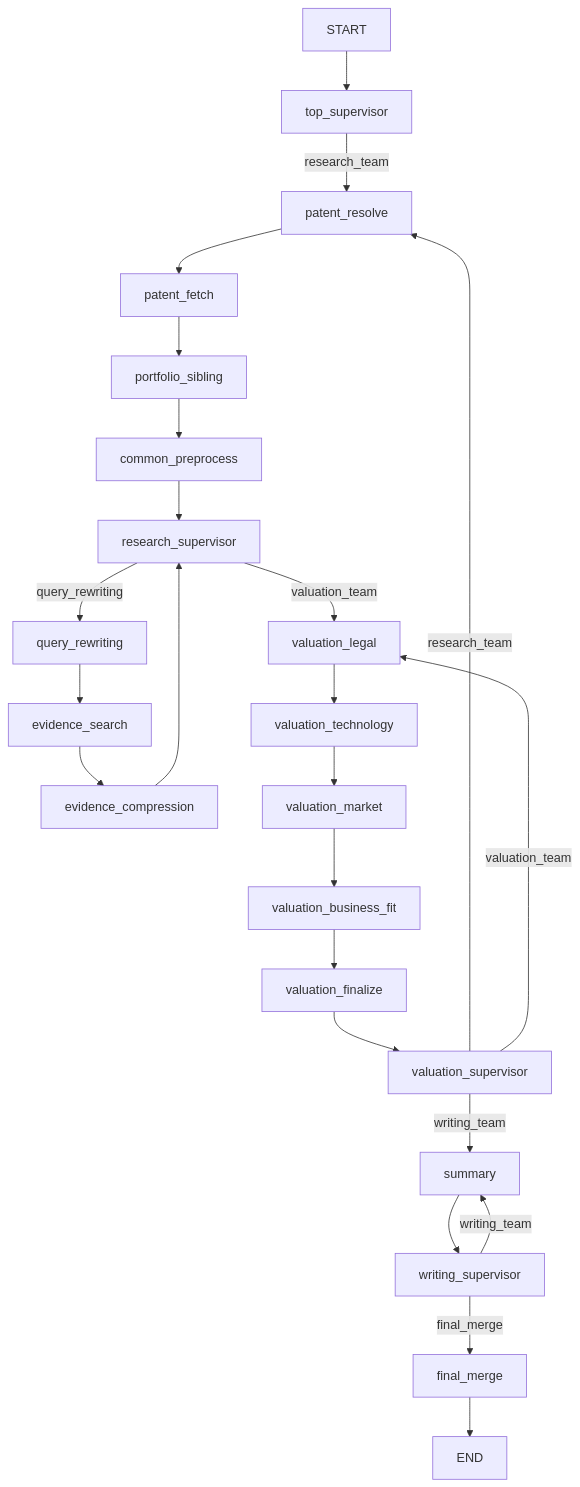
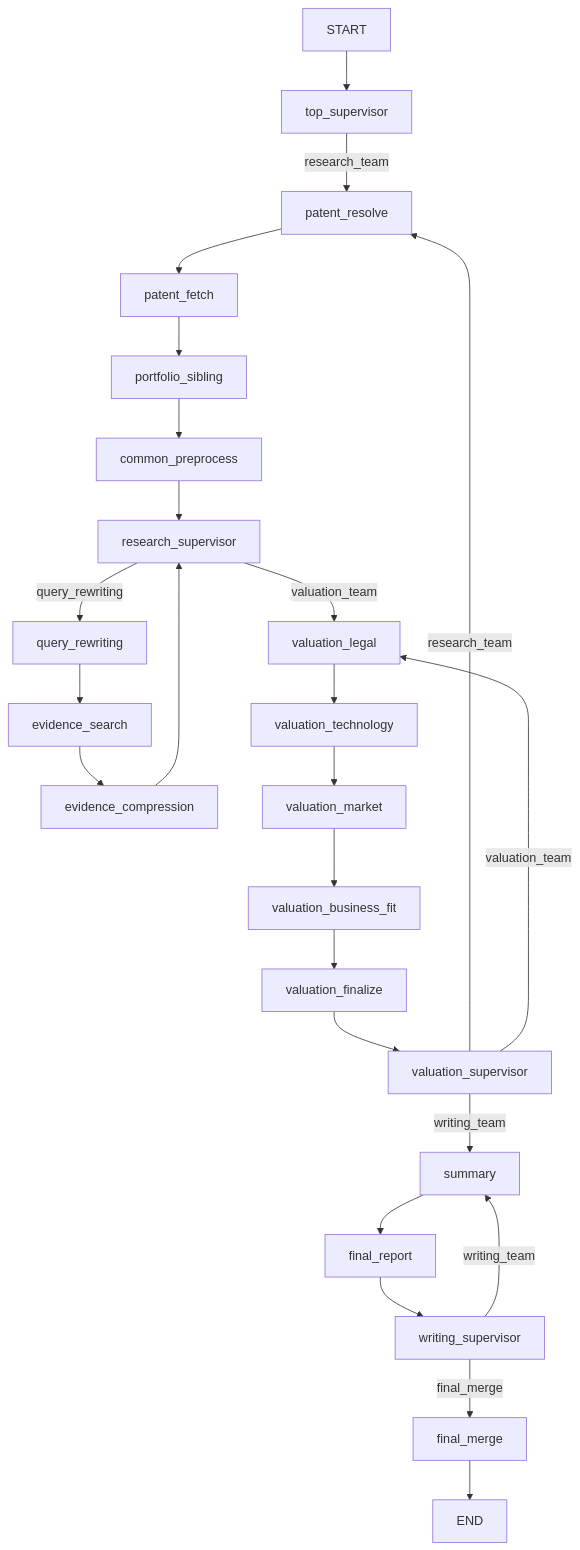
Before and after one commit to SKALA-11st-Team/PatentFlow_Agent: the diagram in docs/agent_workflow_collaboration_guide.md, drawn with Mermaid. The commit also changed other lines of this file and 8 other files, not shown here.

````diff
--- a/docs/agent_workflow_collaboration_guide.md
+++ b/docs/agent_workflow_collaboration_guide.md
@@ -237,29 +240,30 @@
 ```mermaid
 flowchart TD
     START --> TOP["top_supervisor"]
     TOP -->|"research_team"| RESOLVE["patent_resolve"]
     RESOLVE --> FETCH["patent_fetch"]
     FETCH --> PORTFOLIO["portfolio_sibling"]
     PORTFOLIO --> PRE["common_preprocess"]
     PRE --> RS["research_supervisor"]
 
     RS -->|"query_rewriting"| QR["query_rewriting"]
     QR --> SEARCH["evidence_search"]
     SEARCH --> COMPRESS["evidence_compression"]
     COMPRESS --> RS
 
     RS -->|"valuation_team"| VL["valuation_legal"]
     VL --> VT["valuation_technology"]
     VT --> VM["valuation_market"]
     VM --> VB["valuation_business_fit"]
     VB --> VF["valuation_finalize"]
     VF --> VS["valuation_supervisor"]
     VS -->|"research_team"| RESOLVE
     VS -->|"valuation_team"| VL
     VS -->|"writing_team"| SUMMARY["summary"]
 
-    SUMMARY --> WS["writing_supervisor"]
+    SUMMARY --> REPORT["final_report"]
+    REPORT --> WS["writing_supervisor"]
     WS -->|"writing_team"| SUMMARY
     WS -->|"final_merge"| FINAL["final_merge"]
     FINAL --> END
 ```
````
